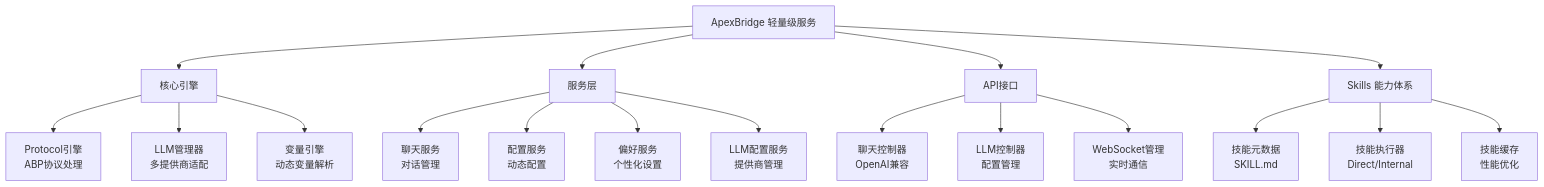
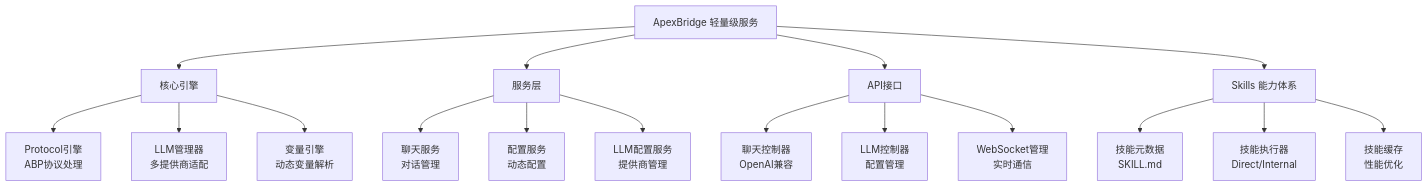
The diagram in CLAUDE.md (suntianc/apex-bridge), drawn with Mermaid before and after one commit. The commit also changed other lines of this file and 138 other files, not shown here.

````diff
--- a/CLAUDE.md
+++ b/CLAUDE.md
@@ -26,27 +26,26 @@
 ```mermaid
 graph TD
     A["ApexBridge 轻量级服务"] --> B["核心引擎"];
     B --> C["Protocol引擎<br/>ABP协议处理"];
     B --> D["LLM管理器<br/>多提供商适配"];
     B --> E["变量引擎<br/>动态变量解析"];
 
     A --> F["服务层"];
     F --> G["聊天服务<br/>对话管理"];
     F --> H["配置服务<br/>动态配置"];
-    F --> I["偏好服务<br/>个性化设置"];
     F --> J["LLM配置服务<br/>提供商管理"];
 
     A --> K["API接口"];
     K --> L["聊天控制器<br/>OpenAI兼容"];
     K --> M["LLM控制器<br/>配置管理"];
     K --> N["WebSocket管理<br/>实时通信"];
 
     A --> O["Skills 能力体系"];
     O --> P["技能元数据<br/>SKILL.md"];
     O --> Q["技能执行器<br/>Direct/Internal"];
     O --> R["技能缓存<br/>性能优化"];
 
     click C "./src/core/ProtocolEngine.ts" "查看Protocol引擎实现"
     click D "./src/core/LLMManager.ts" "查看LLM管理器实现"
     click E "./src/core/variable/VariableEngine.ts" "查看变量引擎实现"
 ```
````
